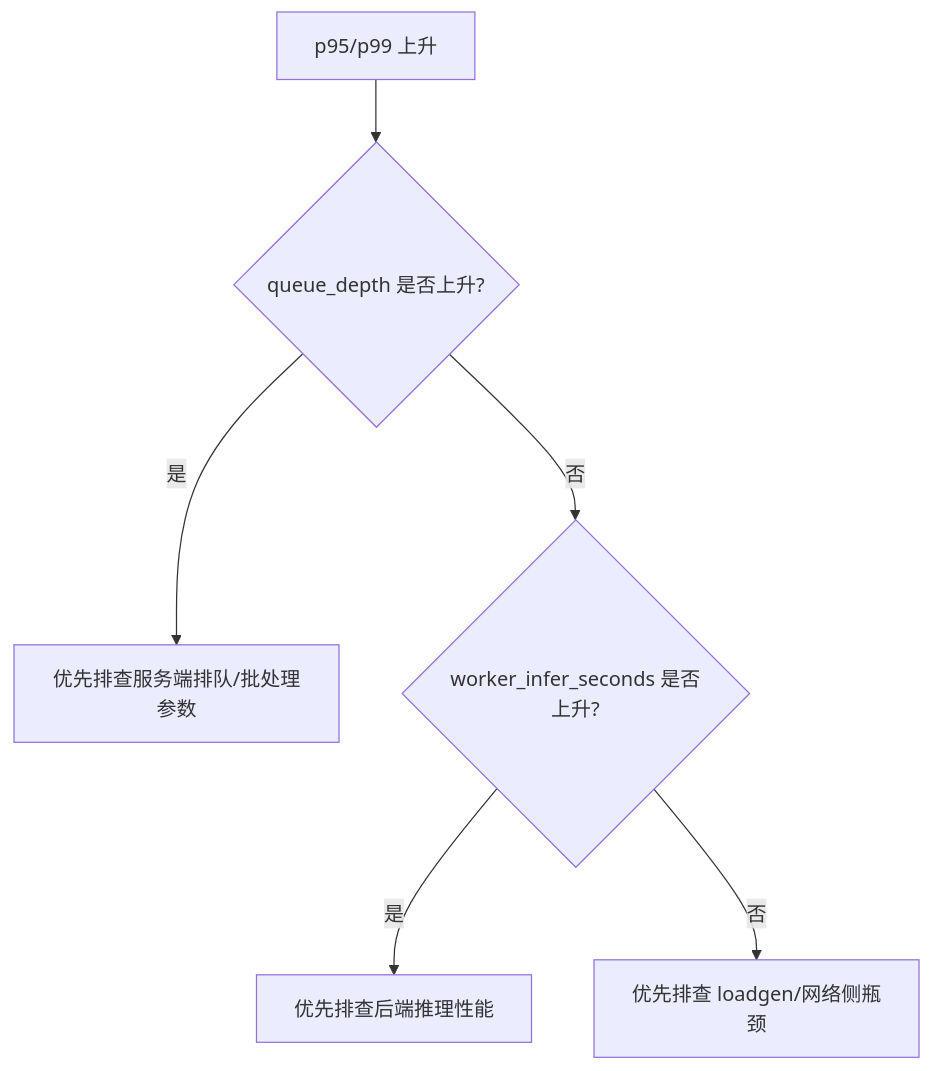
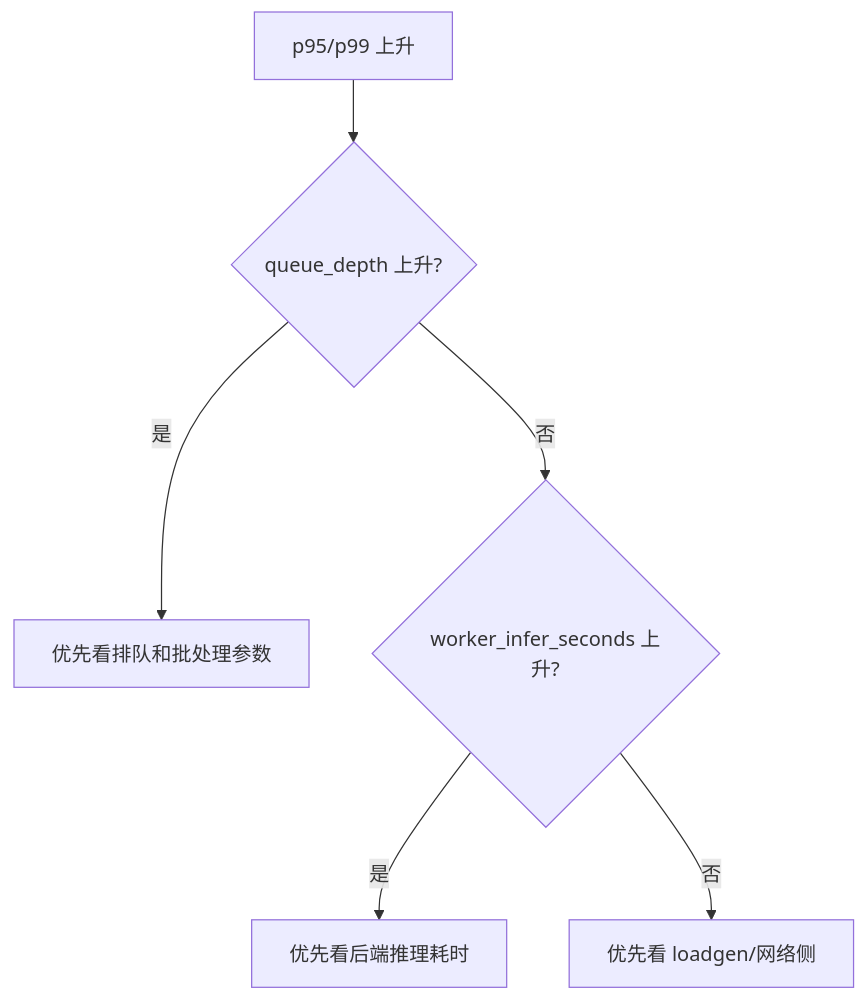
One commit to caitengwei/Nerva changed the second of 2 diagrams in docs/design/性能测试指南.md. Above: the diagram before and after it, drawn with Mermaid. The commit also changed other lines of this file and 4 other files, not shown here.

````diff
--- a/docs/design/性能测试指南.md
+++ b/docs/design/性能测试指南.md
@@ -186,8 +182,8 @@
 ```mermaid
 flowchart TB
-    P95[p95/p99 上升] --> Q{queue_depth 是否上升?}
-    Q -- 是 --> S1[优先排查服务端排队/批处理参数]
-    Q -- 否 --> W{worker_infer_seconds 是否上升?}
-    W -- 是 --> S2[优先排查后端推理性能]
-    W -- 否 --> C[优先排查 loadgen/网络侧瓶颈]
+    L[p95/p99 上升] --> Q{queue_depth 上升?}
+    Q -- 是 --> A[优先看排队和批处理参数]
+    Q -- 否 --> W{worker_infer_seconds 上升?}
+    W -- 是 --> B[优先看后端推理耗时]
+    W -- 否 --> C[优先看 loadgen/网络侧]
 ```
````
